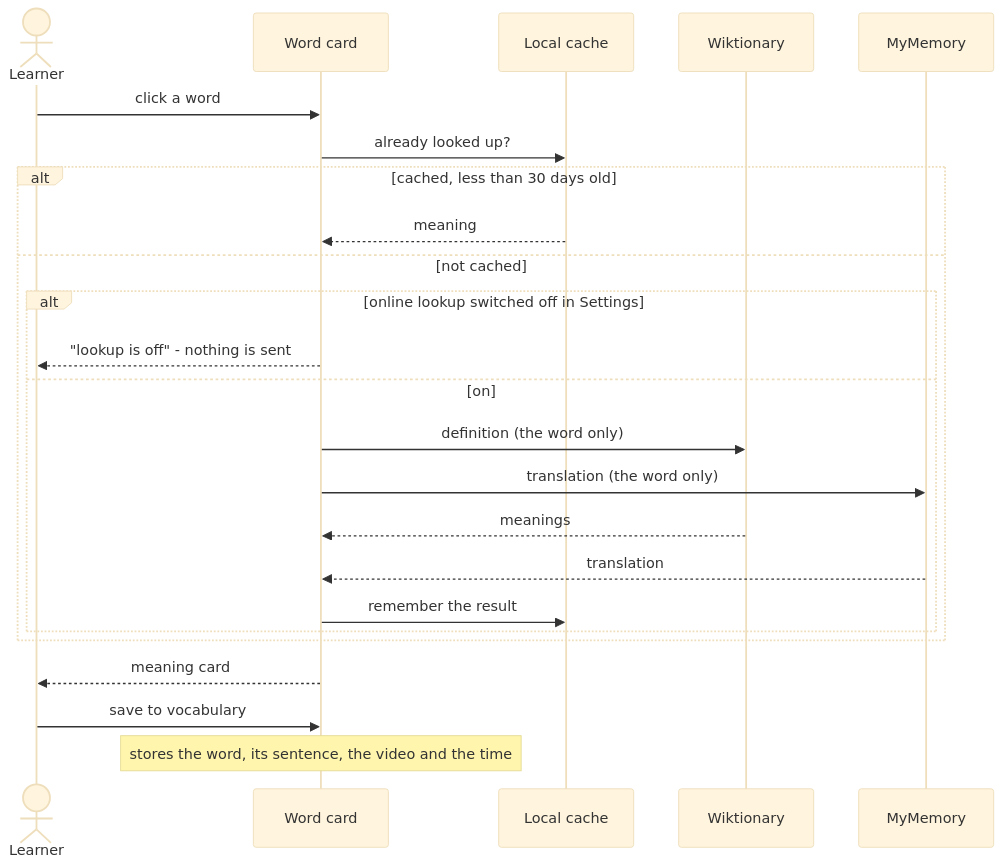
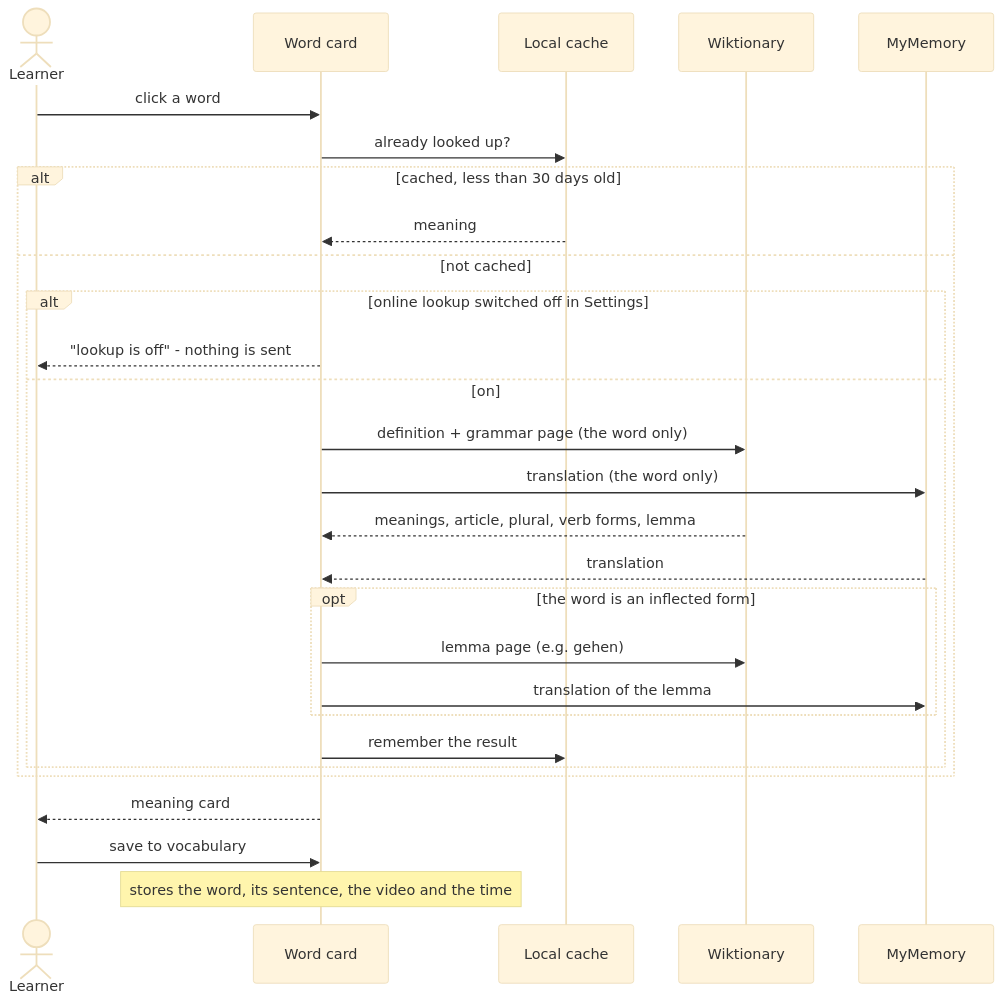
The fourth of 4 diagrams in docs/ARCHITECTURE.md (FahdAmmar/YouTube-Dual-Subtitles), drawn with Mermaid (base theme) before and after one commit. The commit also changed other lines of this file and 33 other files, not shown here.

Commit message:
added German grammar data to word lookup (article, plural, verb forms, lemma)

````diff
--- a/docs/ARCHITECTURE.md
+++ b/docs/ARCHITECTURE.md
@@ -149,26 +154,30 @@
 ```mermaid
 sequenceDiagram
   actor U as Learner
   participant C as Word card
   participant K as Local cache
   participant W as Wiktionary
   participant M as MyMemory
   U->>C: click a word
   C->>K: already looked up?
   alt cached, less than 30 days old
     K-->>C: meaning
   else not cached
     alt online lookup switched off in Settings
       C-->>U: "lookup is off" - nothing is sent
     else on
-      C->>W: definition (the word only)
+      C->>W: definition + grammar page (the word only)
       C->>M: translation (the word only)
-      W-->>C: meanings
+      W-->>C: meanings, article, plural, verb forms, lemma
       M-->>C: translation
+      opt the word is an inflected form
+        C->>W: lemma page (e.g. gehen)
+        C->>M: translation of the lemma
+      end
       C->>K: remember the result
     end
   end
   C-->>U: meaning card
   U->>C: save to vocabulary
   Note over C: stores the word, its sentence, the video and the time
 ```
````
